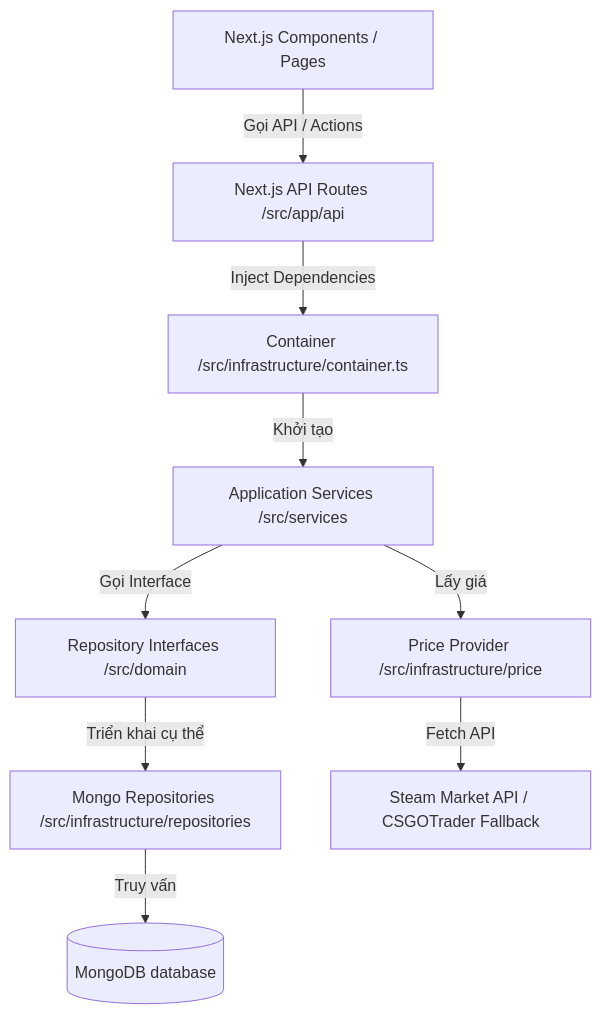
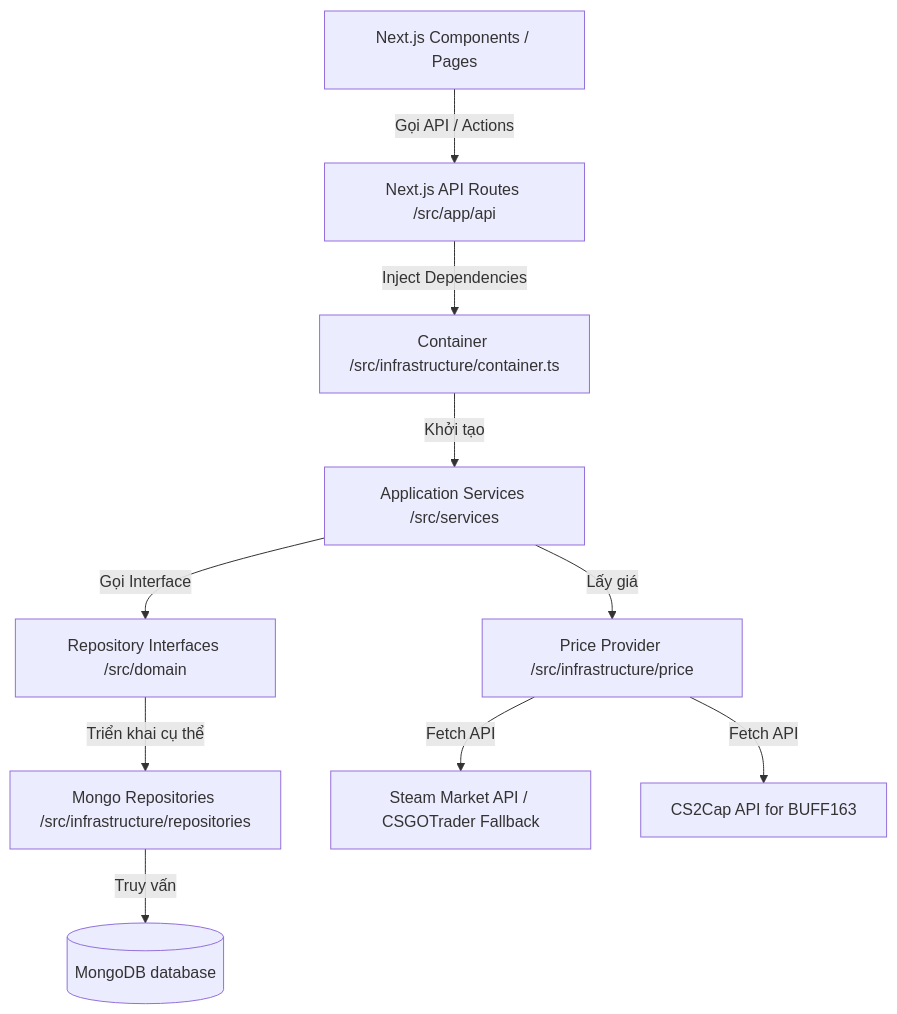
The first of 3 diagrams in docs/ARCHITECTURE.md (fumodayo/cs2-tracking), drawn with Mermaid before and after one commit. The commit also changed other lines of this file and 1 other file, not shown here.

Commit message:
docs: update README and ARCHITECTURE with current database schemas and features

````diff
--- a/docs/ARCHITECTURE.md
+++ b/docs/ARCHITECTURE.md
@@ -11,11 +11,12 @@
 ```mermaid
 graph TD
     UI[Next.js Components / Pages] --> |Gọi API / Actions| API[Next.js API Routes /src/app/api]
     API --> |Inject Dependencies| Container[Container /src/infrastructure/container.ts]
     Container --> |Khởi tạo| Services[Application Services /src/services]
     Services --> |Gọi Interface| RepoInterface[Repository Interfaces /src/domain]
     RepoInterface --> |Triển khai cụ thể| RepoImpl[Mongo Repositories /src/infrastructure/repositories]
     RepoImpl --> |Truy vấn| DB[(MongoDB database)]
     Services --> |Lấy giá| PriceProvider[Price Provider /src/infrastructure/price]
     PriceProvider --> |Fetch API| Steam[Steam Market API / CSGOTrader Fallback]
+    PriceProvider --> |Fetch API| CS2Cap[CS2Cap API for BUFF163]
 ```
````
